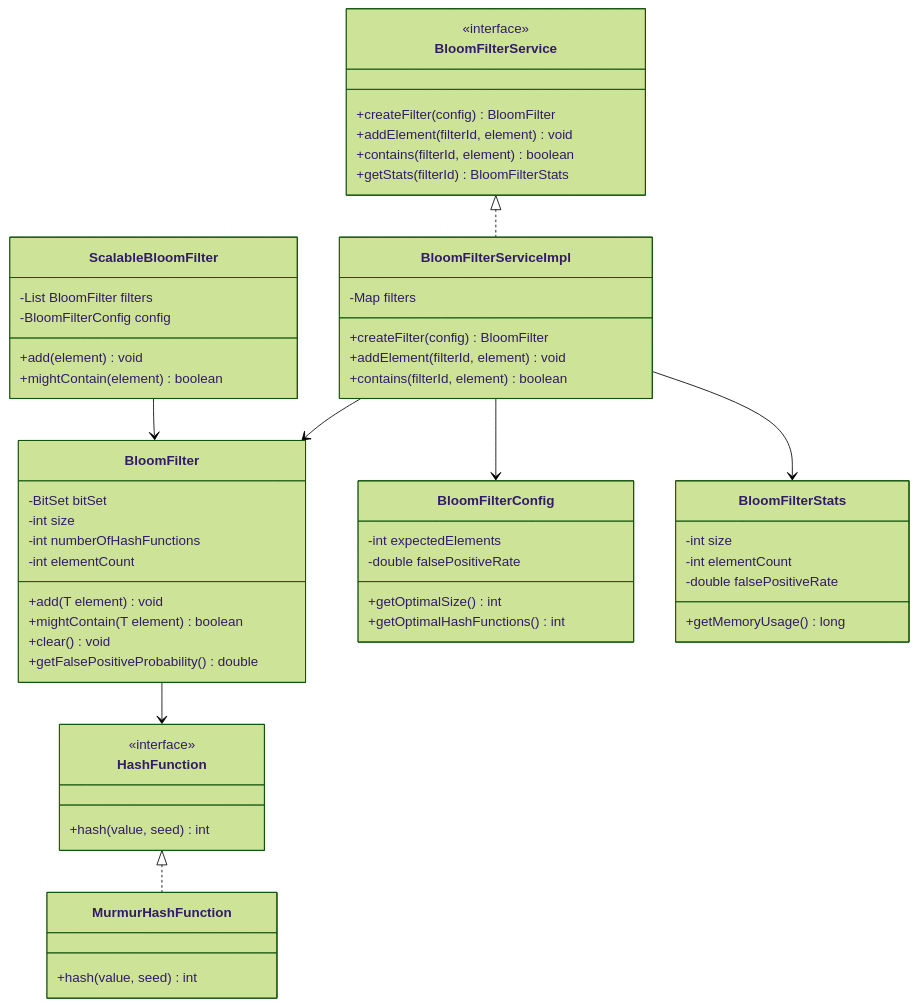
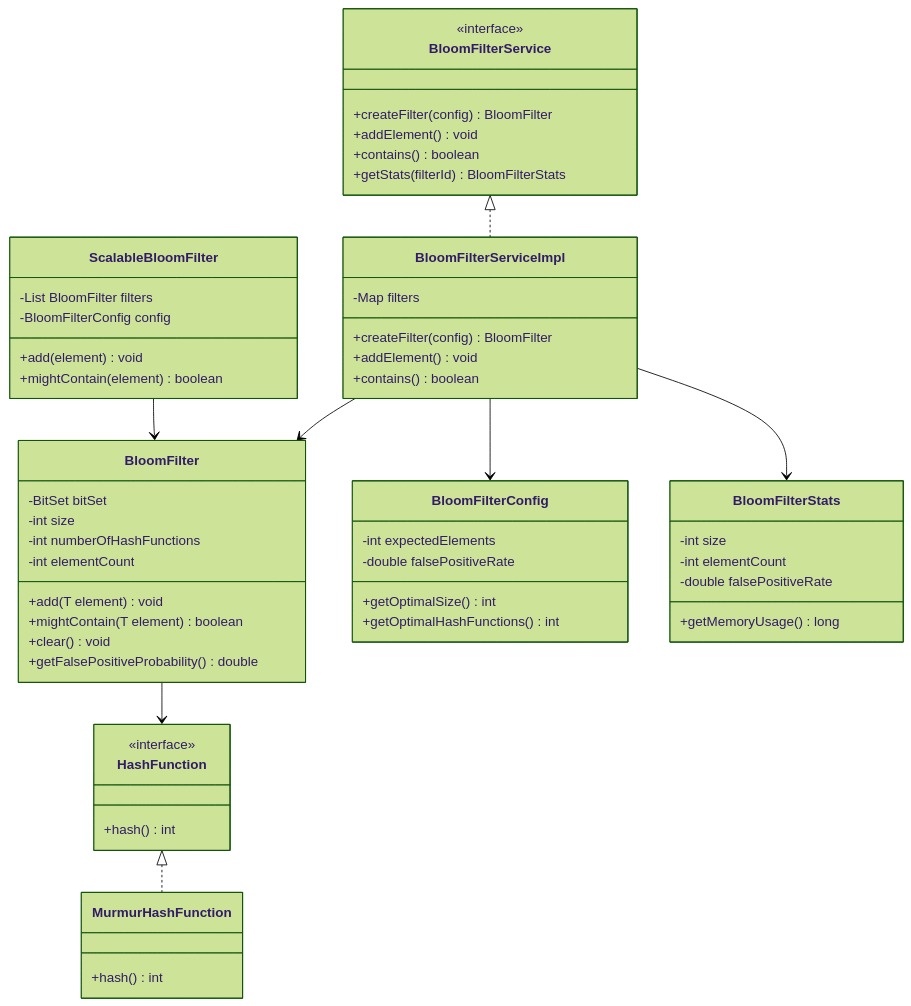
Before and after one commit to dlkr18/lld-playbook: the diagram in docs/problems/bloomfilter/README.md, drawn with Mermaid (forest theme). The commit also changed 29 other files, not shown here.

First line of the commit message:
Fix Mermaid rendering: downgrade to v9, aggressive classDiagram sanitization.

````diff
--- a/docs/problems/bloomfilter/README.md
+++ b/docs/problems/bloomfilter/README.md
@@ -63,66 +63,66 @@
 ```mermaid
 classDiagram
     class BloomFilter {
         -BitSet bitSet
         -int size
         -int numberOfHashFunctions
         -int elementCount
         +add(T element) void
         +mightContain(T element) boolean
         +clear() void
         +getFalsePositiveProbability() double
     }
 
     class BloomFilterService {
         <<interface>>
         +createFilter(config) BloomFilter
-        +addElement(filterId, element) void
-        +contains(filterId, element) boolean
+        +addElement() void
+        +contains() boolean
         +getStats(filterId) BloomFilterStats
     }
 
     class BloomFilterServiceImpl {
         -Map filters
         +createFilter(config) BloomFilter
-        +addElement(filterId, element) void
-        +contains(filterId, element) boolean
+        +addElement() void
+        +contains() boolean
     }
 
     class BloomFilterConfig {
         -int expectedElements
         -double falsePositiveRate
         +getOptimalSize() int
         +getOptimalHashFunctions() int
     }
 
     class HashFunction {
         <<interface>>
-        +hash(value, seed) int
+        +hash() int
     }
 
     class MurmurHashFunction {
-        +hash(value, seed) int
+        +hash() int
     }
 
     class ScalableBloomFilter {
         -List BloomFilter filters
         -BloomFilterConfig config
         +add(element) void
         +mightContain(element) boolean
     }
 
     class BloomFilterStats {
         -int size
         -int elementCount
         -double falsePositiveRate
         +getMemoryUsage() long
     }
 
     BloomFilterService <|.. BloomFilterServiceImpl
     BloomFilterServiceImpl --> BloomFilter
     BloomFilterServiceImpl --> BloomFilterConfig
     BloomFilter --> HashFunction
     HashFunction <|.. MurmurHashFunction
     ScalableBloomFilter --> BloomFilter
     BloomFilterServiceImpl --> BloomFilterStats
 ```
````
